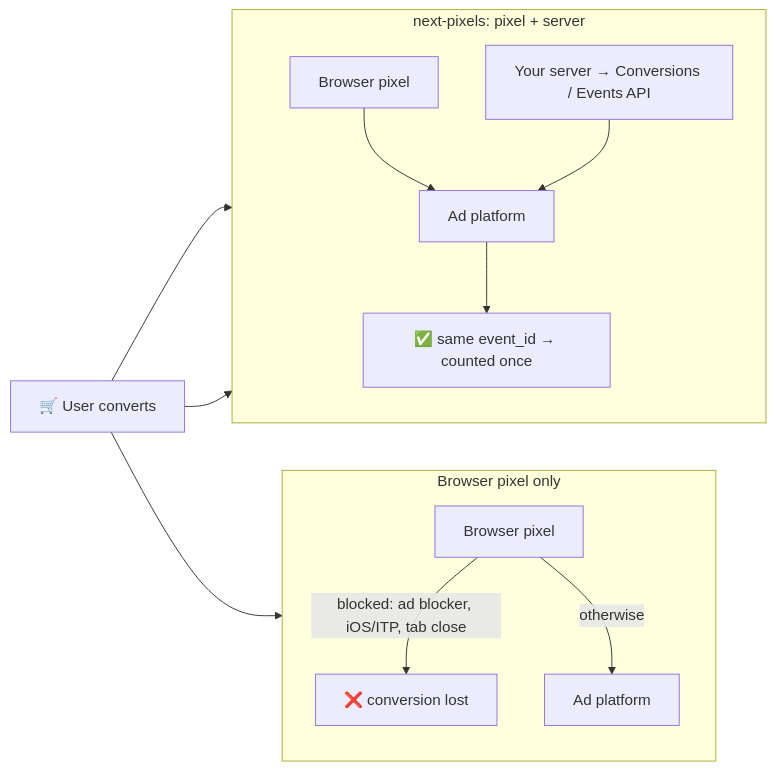
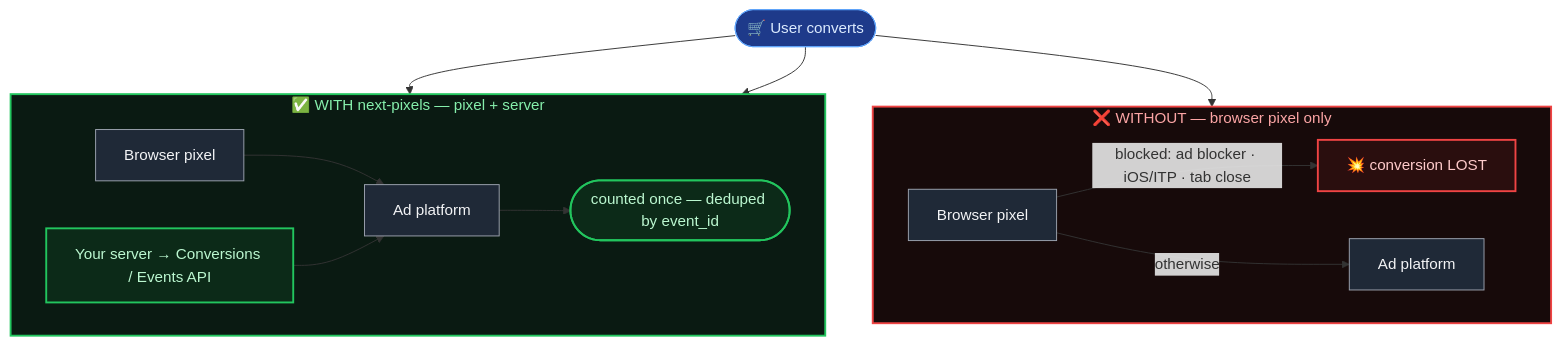
Before and after one commit to oliver-virt/next-pixels: the first of 2 diagrams in README.md, drawn with Mermaid. The commit also changed other lines of this file, not shown here.

Commit message:
docs: restyle diagrams + add 'Getting your credentials'
- problem/fix diagram: WITHOUT (top, red) vs WITH (bottom, green),
  color-coded nodes + shapes
- fan-out diagram: reorder TikTok nodes so server is inner — no crossing arrows
- new section: where to get Pixel IDs + access tokens for Meta and TikTok,
  with official doc links and a secrets warning

````diff
--- a/README.md
+++ b/README.md
@@ -19,21 +19,35 @@
 ```mermaid
-flowchart LR
-    C["🛒 User converts"]
+flowchart TB
+    C(["🛒 User converts"])
 
-    subgraph browseronly ["Browser pixel only"]
-        direction TB
-        PX["Browser pixel"] -->|"blocked: ad blocker, iOS/ITP, tab close"| LOST["❌ conversion lost"]
-        PX -->|"otherwise"| AD1["Ad platform"]
+    subgraph NO ["❌ WITHOUT — browser pixel only"]
+        direction LR
+        PX1["Browser pixel"]
+        PX1 -->|"blocked: ad blocker · iOS/ITP · tab close"| LOST["💥 conversion LOST"]
+        PX1 -->|"otherwise"| AD1["Ad platform"]
     end
 
-    subgraph dual ["next-pixels: pixel + server"]
-        direction TB
+    subgraph YES ["✅ WITH next-pixels — pixel + server"]
+        direction LR
         PX2["Browser pixel"] --> AD2["Ad platform"]
         SRV["Your server → Conversions / Events API"] --> AD2
-        AD2 --> DEDUP["✅ same event_id → counted once"]
+        AD2 --> ONCE(["counted once — deduped by event_id"])
     end
 
-    C --> PX
+    C --> PX1
     C --> PX2
     C --> SRV
+
+    classDef bad  fill:#2a0e0e,stroke:#ef4444,stroke-width:2px,color:#fecaca;
+    classDef good fill:#0c2a18,stroke:#22c55e,stroke-width:2px,color:#bbf7d0;
+    classDef box  fill:#1f2937,stroke:#9ca3af,color:#f3f4f6;
+    classDef start fill:#1e3a8a,stroke:#60a5fa,color:#dbeafe;
+
+    class C start;
+    class LOST bad;
+    class ONCE,SRV good;
+    class PX1,PX2,AD1,AD2 box;
+
+    style NO  fill:#170a0a,stroke:#ef4444,stroke-width:2px,color:#fca5a5;
+    style YES fill:#0a1a12,stroke:#22c55e,stroke-width:2px,color:#86efac;
 ```
````
